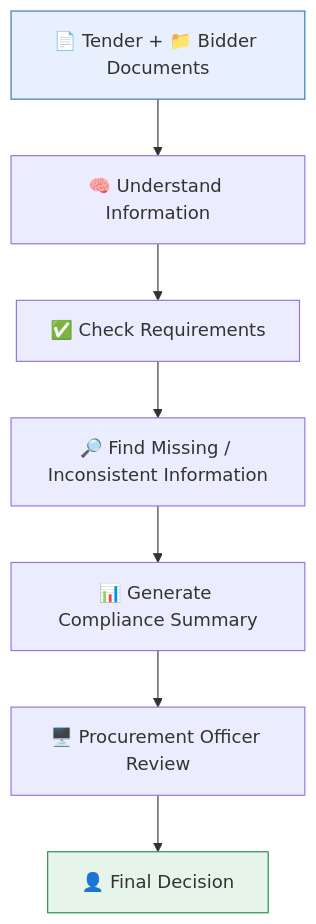
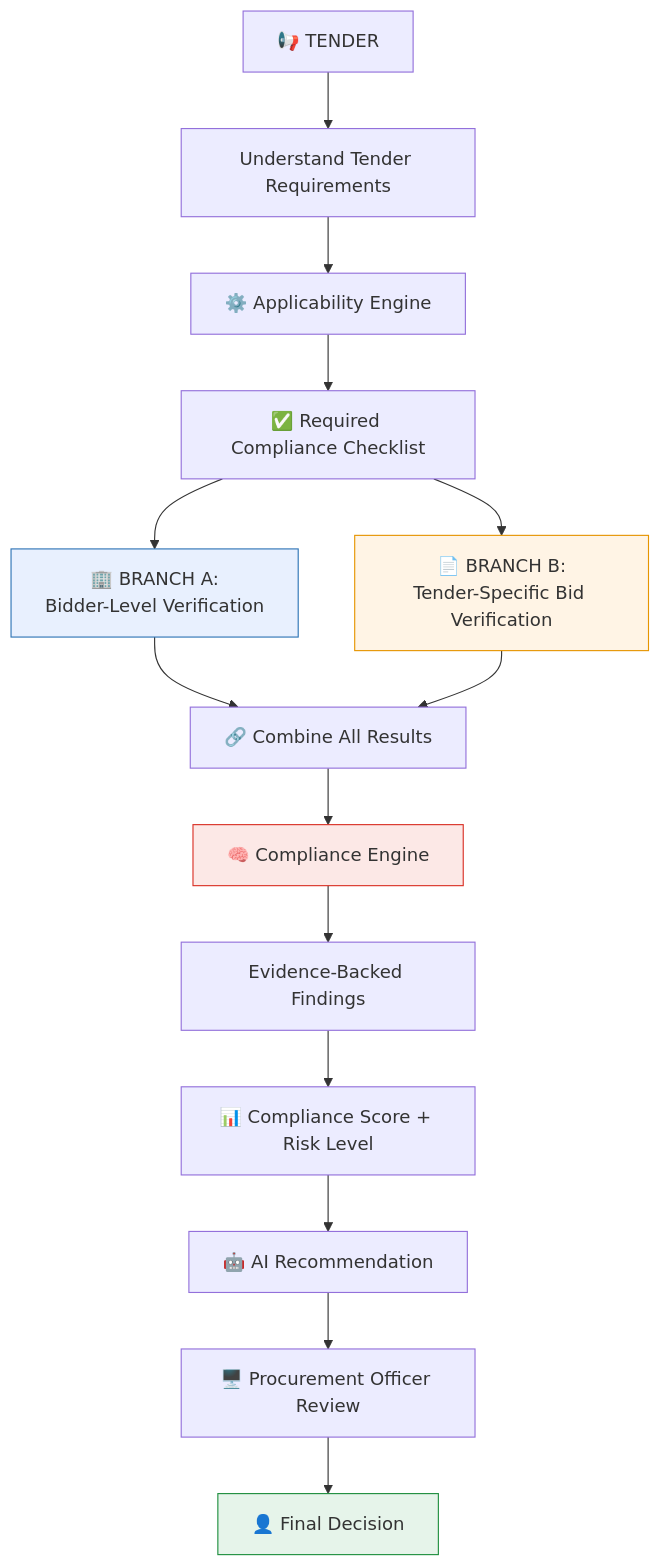
One commit to IshanWankhede/BidVerify-AI changed the first of 2 diagrams in info.md. Above: the diagram before and after it, drawn with Mermaid. The commit also changed other lines of this file and 5 other files, not shown here.

````diff
--- a/info.md
+++ b/info.md
@@ -404,12 +307,21 @@
 ```mermaid
 flowchart TD
-    A["📄 Tender + 📁 Bidder Documents"] --> B[🧠 Understand Information]
-    B --> C[✅ Check Requirements]
-    C --> D[🔎 Find Missing / Inconsistent Information]
-    D --> E[📊 Generate Compliance Summary]
-    E --> F[🖥️ Procurement Officer Review]
-    F --> G[👤 Final Decision]
+    T[📢 TENDER] --> U[Understand Tender Requirements]
+    U --> AP[⚙️ Applicability Engine]
+    AP --> CL[✅ Required Compliance Checklist]
+    CL --> BV["🏢 BRANCH A:<br/>Bidder-Level Verification"]
+    CL --> TC["📄 BRANCH B:<br/>Tender-Specific Bid Verification"]
+    BV --> COMBINE[🔗 Combine All Results]
+    TC --> COMBINE
+    COMBINE --> CE[🧠 Compliance Engine]
+    CE --> EV[Evidence-Backed Findings]
+    EV --> SR[📊 Compliance Score + Risk Level]
+    SR --> AI[🤖 AI Recommendation]
+    AI --> PO[🖥️ Procurement Officer Review]
+    PO --> FD[👤 Final Decision]
 
-    style A fill:#e8f0fe,stroke:#2e74b5
-    style G fill:#e6f4ea,stroke:#1e8e3e
+    style BV fill:#e8f0fe,stroke:#2e74b5
+    style TC fill:#fff4e5,stroke:#e69500
+    style CE fill:#fce8e6,stroke:#d93025
+    style FD fill:#e6f4ea,stroke:#1e8e3e
 ```
````
